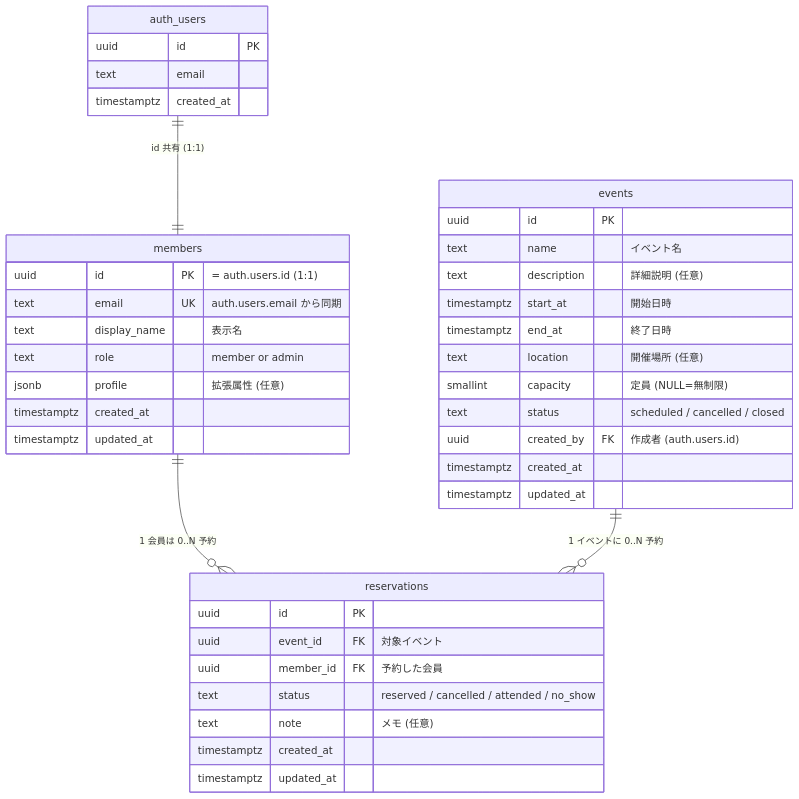
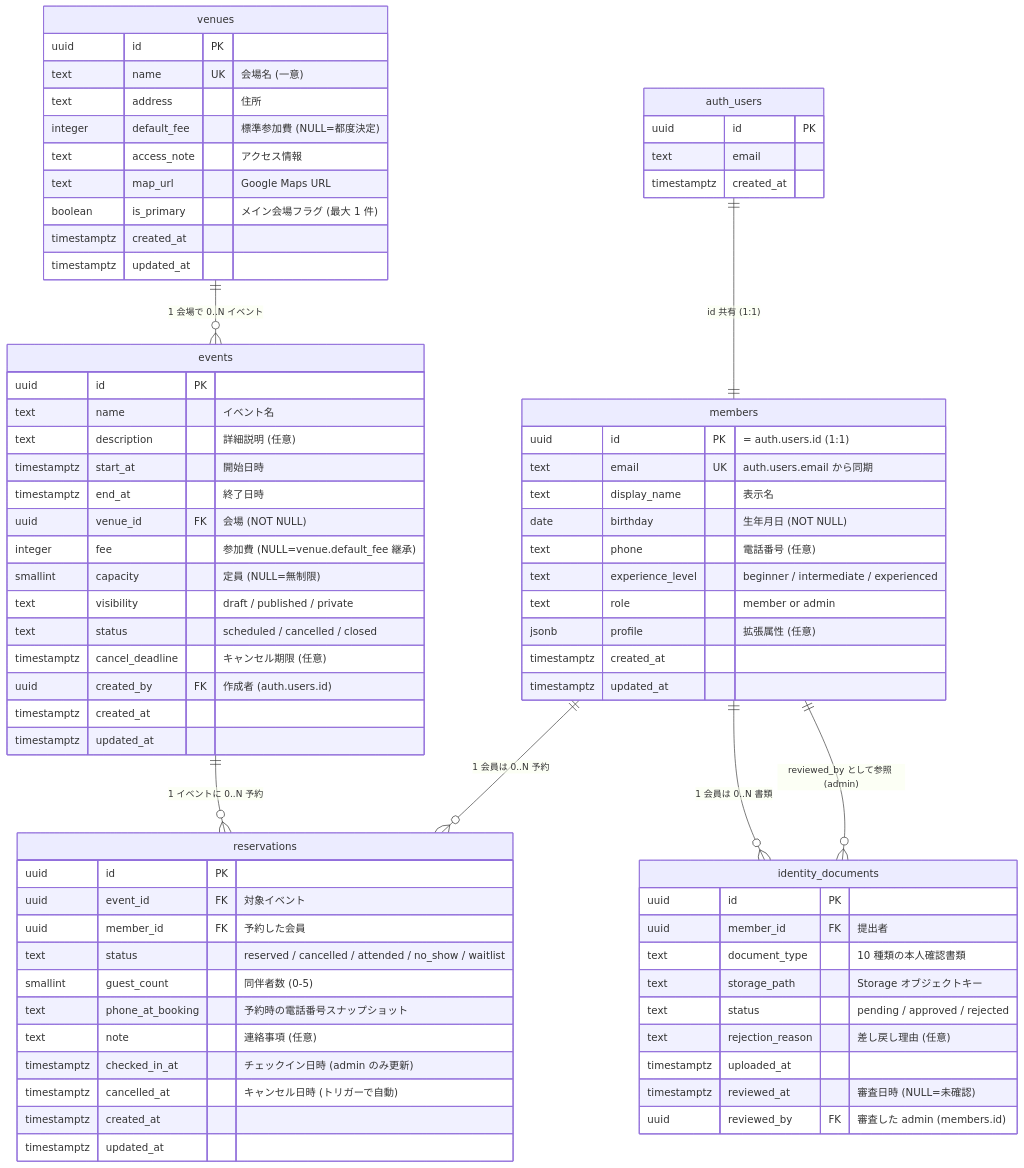
Before and after one commit to High-Q/high-q-volleyball: the diagram in docs/04-システム設計/01-DB設計/01-論理設計/論理設計.md, drawn with Mermaid. The commit also changed other lines of this file and 54 other files, not shown here.

First line of the commit message:
feat(db): #147 DB スキーマ確立: events/members/reservations 拡張 + venues/identity_documents 追加 + RLS (#173)

````diff
--- a/docs/04-システム設計/01-DB設計/01-論理設計/論理設計.md
+++ b/docs/04-システム設計/01-DB設計/01-論理設計/論理設計.md
@@ -19,7 +24,10 @@
 erDiagram
     auth_users ||--|| members : "id 共有 (1:1)"
     members ||--o{ reservations : "1 会員は 0..N 予約"
+    members ||--o{ identity_documents : "1 会員は 0..N 書類"
+    venues ||--o{ events : "1 会場で 0..N イベント"
     events ||--o{ reservations : "1 イベントに 0..N 予約"
+    members ||--o{ identity_documents : "reviewed_by として参照 (admin)"
 
     auth_users {
         uuid id PK
@@ -31,8 +39,23 @@
         uuid id PK "= auth.users.id (1:1)"
         text email UK "auth.users.email から同期"
         text display_name "表示名"
+        date birthday "生年月日 (NOT NULL)"
+        text phone "電話番号 (任意)"
+        text experience_level "beginner / intermediate / experienced"
         text role "member or admin"
         jsonb profile "拡張属性 (任意)"
+        timestamptz created_at
+        timestamptz updated_at
+    }
+
+    venues {
+        uuid id PK
+        text name UK "会場名 (一意)"
+        text address "住所"
+        integer default_fee "標準参加費 (NULL=都度決定)"
+        text access_note "アクセス情報"
+        text map_url "Google Maps URL"
+        boolean is_primary "メイン会場フラグ (最大 1 件)"
         timestamptz created_at
         timestamptz updated_at
     }
@@ -43,9 +66,12 @@
         text description "詳細説明 (任意)"
         timestamptz start_at "開始日時"
         timestamptz end_at "終了日時"
-        text location "開催場所 (任意)"
+        uuid venue_id FK "会場 (NOT NULL)"
+        integer fee "参加費 (NULL=venue.default_fee 継承)"
         smallint capacity "定員 (NULL=無制限)"
+        text visibility "draft / published / private"
         text status "scheduled / cancelled / closed"
+        timestamptz cancel_deadline "キャンセル期限 (任意)"
         uuid created_by FK "作成者 (auth.users.id)"
         timestamptz created_at
         timestamptz updated_at
@@ -55,9 +81,25 @@
         uuid id PK
         uuid event_id FK "対象イベント"
         uuid member_id FK "予約した会員"
-        text status "reserved / cancelled / attended / no_show"
-        text note "メモ (任意)"
+        text status "reserved / cancelled / attended / no_show / waitlist"
+        smallint guest_count "同伴者数 (0-5)"
+        text phone_at_booking "予約時の電話番号スナップショット"
+        text note "連絡事項 (任意)"
+        timestamptz checked_in_at "チェックイン日時 (admin のみ更新)"
+        timestamptz cancelled_at "キャンセル日時 (トリガーで自動)"
         timestamptz created_at
         timestamptz updated_at
     }
+
+    identity_documents {
+        uuid id PK
+        uuid member_id FK "提出者"
+        text document_type "10 種類の本人確認書類"
+        text storage_path "Storage オブジェクトキー"
+        text status "pending / approved / rejected"
+        text rejection_reason "差し戻し理由 (任意)"
+        timestamptz uploaded_at
+        timestamptz reviewed_at "審査日時 (NULL=未確認)"
+        uuid reviewed_by FK "審査した admin (members.id)"
+    }
 ```
````
